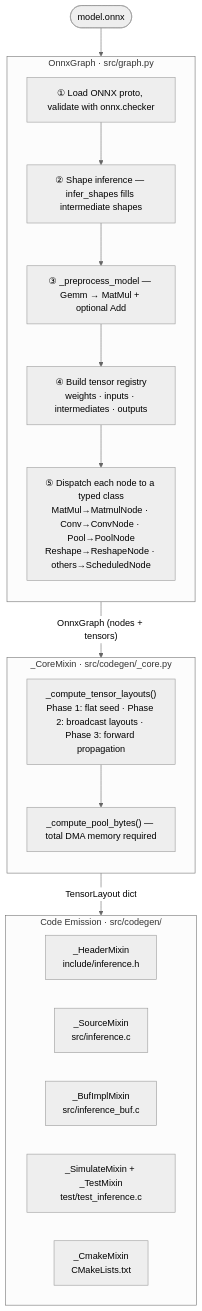
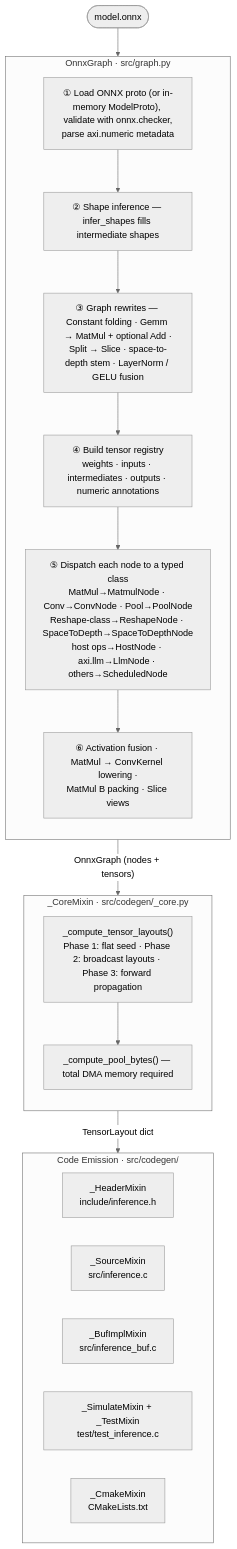
The first of 6 diagrams in inference-scheduler/doc/ARCHITECTURE.md (phoenix367/cormorant), drawn with Mermaid (neutral theme) before and after one commit. The commit also changed other lines of this file and 34 other files, not shown here.

````diff
--- a/inference-scheduler/doc/ARCHITECTURE.md
+++ b/inference-scheduler/doc/ARCHITECTURE.md
@@ -28,34 +28,35 @@
 ```mermaid
 flowchart TD
     IN([model.onnx])
 
     subgraph GRAPH["OnnxGraph · src/graph.py"]
         direction TB
-        G1["① Load ONNX proto, validate with onnx.checker"]
+        G1["① Load ONNX proto (or in-memory ModelProto), validate with onnx.checker,\nparse axi.numeric metadata"]
         G2["② Shape inference — infer_shapes fills intermediate shapes"]
-        G3["③ _preprocess_model — Gemm → MatMul + optional Add"]
-        G4["④ Build tensor registry\nweights · inputs · intermediates · outputs"]
-        G5["⑤ Dispatch each node to a typed class\nMatMul→MatmulNode · Conv→ConvNode · Pool→PoolNode\nReshape→ReshapeNode · others→ScheduledNode"]
-        G1 --> G2 --> G3 --> G4 --> G5
+        G3["③ Graph rewrites — Constant folding · Gemm → MatMul + optional Add ·\nSplit → Slice · space-to-depth stem · LayerNorm / GELU fusion"]
+        G4["④ Build tensor registry\nweights · inputs · intermediates · outputs · numeric annotations"]
+        G5["⑤ Dispatch each node to a typed class\nMatMul→MatmulNode · Conv→ConvNode · Pool→PoolNode\nReshape-class→ReshapeNode · SpaceToDepth→SpaceToDepthNode\nhost ops→HostNode · axi.llm→LlmNode · others→ScheduledNode"]
+        G6["⑥ Activation fusion · MatMul → ConvKernel lowering ·\nMatMul B packing · Slice views"]
+        G1 --> G2 --> G3 --> G4 --> G5 --> G6
     end
 
     subgraph CORE["_CoreMixin · src/codegen/_core.py"]
         direction TB
         C1["_compute_tensor_layouts()\nPhase 1: flat seed · Phase 2: broadcast layouts · Phase 3: forward propagation"]
         C2["_compute_pool_bytes() — total DMA memory required"]
         C1 --> C2
     end
 
     subgraph EMIT["Code Emission · src/codegen/"]
         direction LR
         H["_HeaderMixin\ninclude/inference.h"]
         S["_SourceMixin\nsrc/inference.c"]
         B["_BufImplMixin\nsrc/inference_buf.c"]
         T["_SimulateMixin + _TestMixin\ntest/test_inference.c"]
         CM["_CmakeMixin\nCMakeLists.txt"]
     end
 
     IN --> GRAPH
     GRAPH -- "OnnxGraph (nodes + tensors)" --> CORE
     CORE -- "TensorLayout dict" --> EMIT
 ```
````
